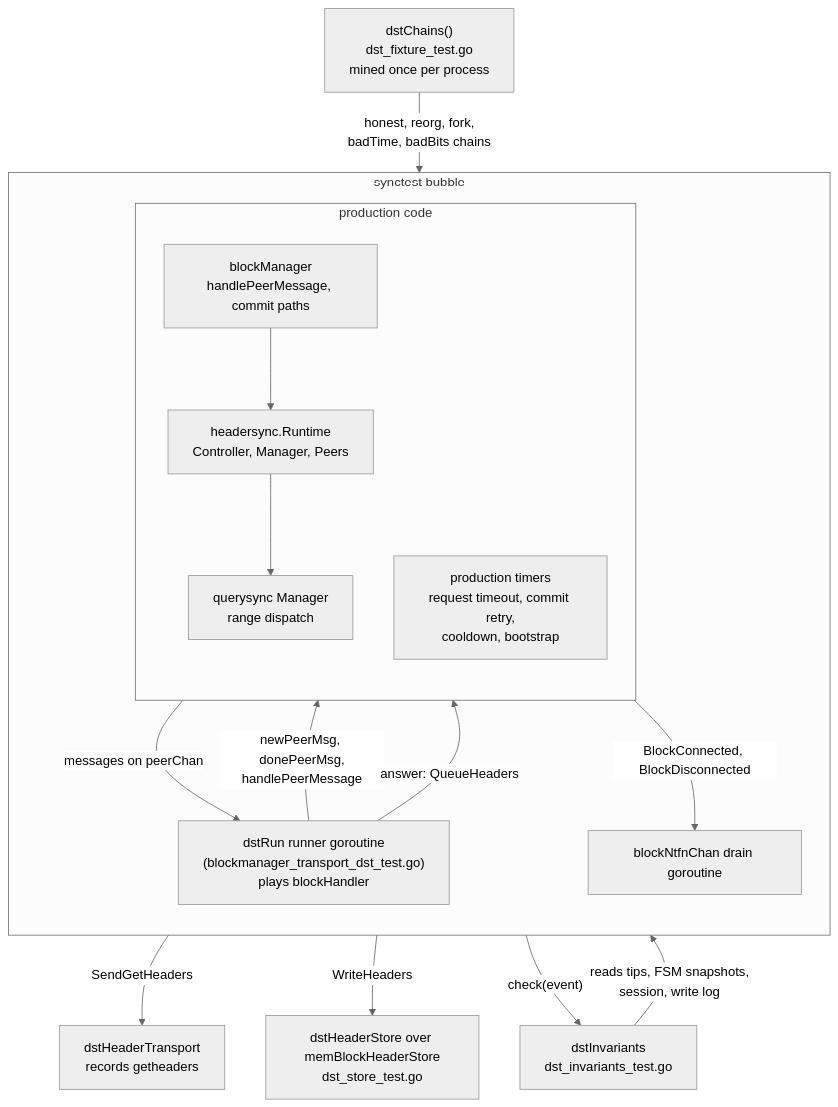
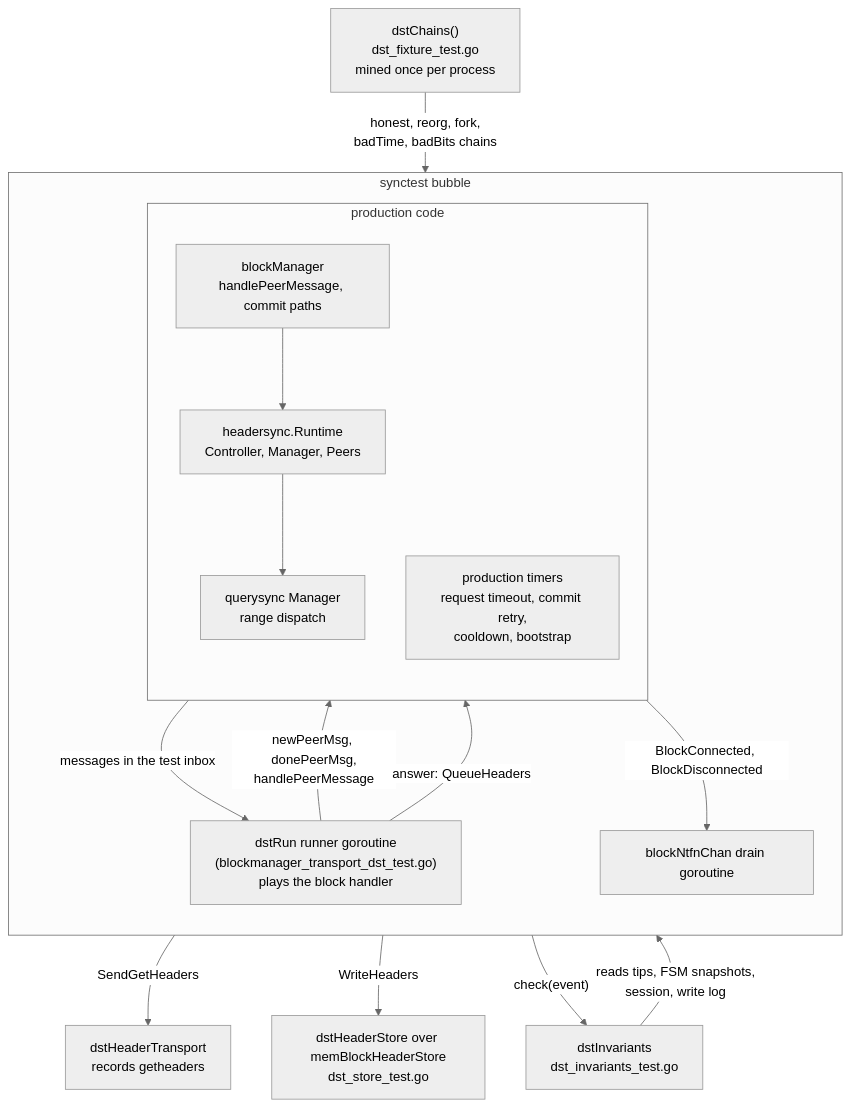
The first of 6 diagrams in docs/deterministic-sync-testing.md (lightninglabs/neutrino), drawn with Mermaid (neutral theme) before and after one commit. The commit also changed other lines of this file and 16 other files, not shown here.

````diff
--- a/docs/deterministic-sync-testing.md
+++ b/docs/deterministic-sync-testing.md
@@ -82,32 +85,32 @@
 ```mermaid
 flowchart TB
     subgraph BUBBLE["synctest bubble"]
         direction TB
-        run["dstRun runner goroutine<br/>(blockmanager_transport_dst_test.go)<br/>plays blockHandler"]
+        run["dstRun runner goroutine<br/>(blockmanager_transport_dst_test.go)<br/>plays the block handler"]
         subgraph PROD["production code"]
             direction TB
             bm["blockManager<br/>handlePeerMessage, commit paths"]
             hs["headersync.Runtime<br/>Controller, Manager, Peers"]
             qs["querysync Manager<br/>range dispatch"]
             timers["production timers<br/>request timeout, commit retry,<br/>cooldown, bootstrap"]
         end
         drain["blockNtfnChan drain goroutine"]
     end
 
     fixture["dstChains()<br/>dst_fixture_test.go<br/>mined once per process"]
     store["dstHeaderStore over memBlockHeaderStore<br/>dst_store_test.go"]
     transport["dstHeaderTransport<br/>records getheaders"]
     inv["dstInvariants<br/>dst_invariants_test.go"]
 
     run -- "newPeerMsg, donePeerMsg,<br/>handlePeerMessage" --> bm
     bm --> hs
     hs --> qs
     bm -- "SendGetHeaders" --> transport
     run -- "answer: QueueHeaders" --> bm
-    timers -- "messages on peerChan" --> run
+    timers -- "messages in the test inbox" --> run
     bm -- "WriteHeaders" --> store
     bm -- "BlockConnected, BlockDisconnected" --> drain
     fixture -- "honest, reorg, fork,<br/>badTime, badBits chains" --> run
     run -- "check(event)" --> inv
     inv -- "reads tips, FSM snapshots,<br/>session, write log" --> bm
 ```
````
